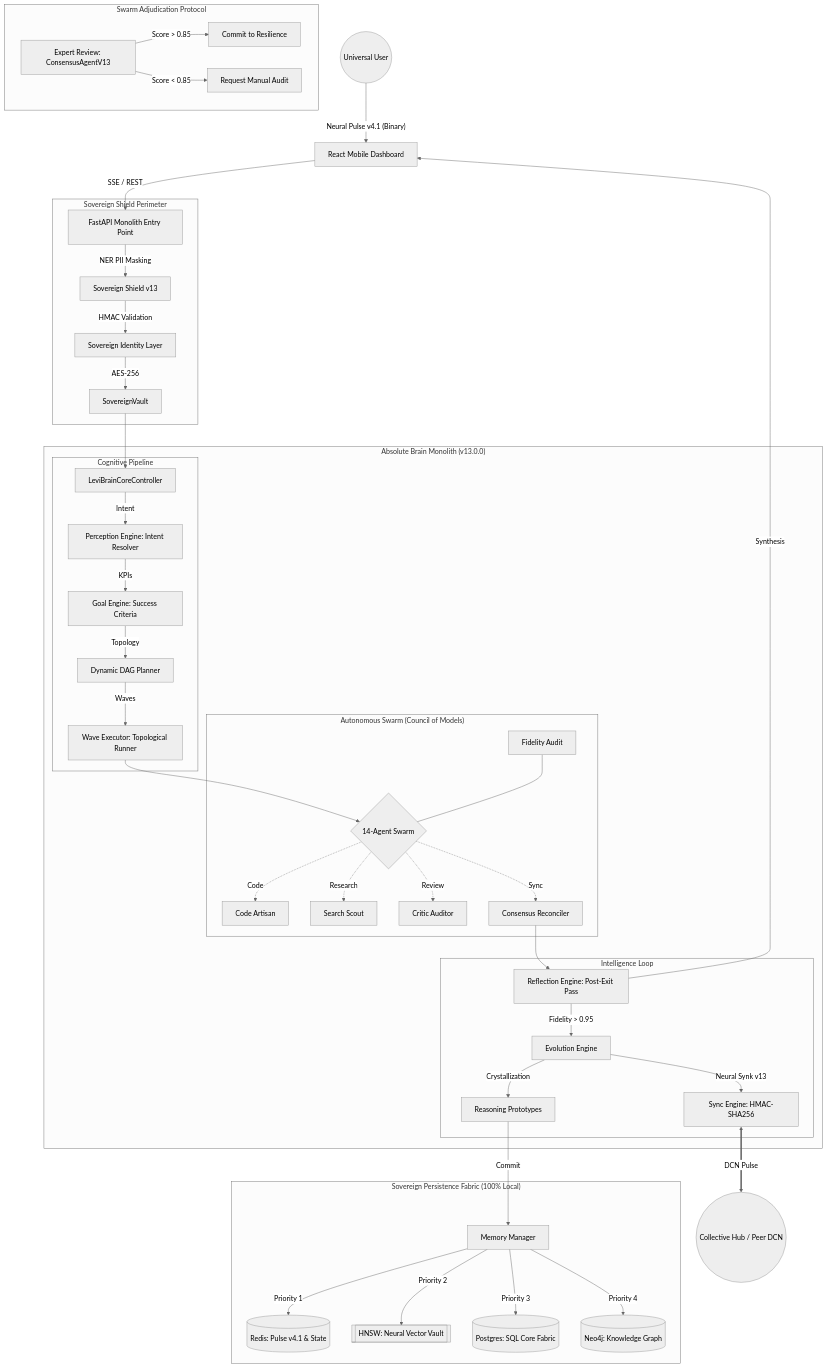
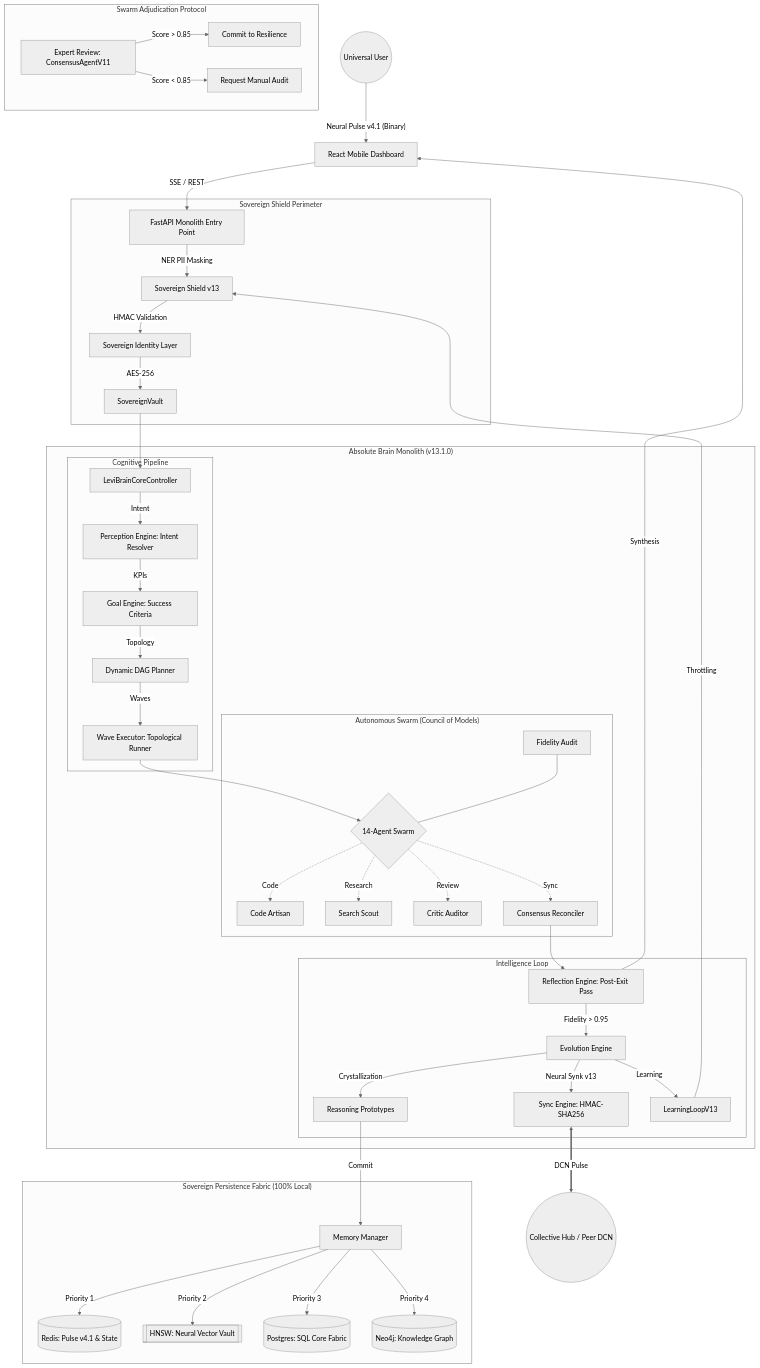
One commit to Blackdrg/levi-ai-innovate changed the first of 2 diagrams in README.md. Above: the diagram before and after it, drawn with Mermaid (neutral theme). The commit also changed other lines of this file and 23 other files, not shown here.

Commit message:
docs: finalize v13.1.0 absolute monolith graduation & architectural hardening

````diff
--- a/README.md
+++ b/README.md
@@ -73,63 +75,65 @@
 ```mermaid
 graph TD
     %% Global Ingress & UI
     User((Universal User)) -->|"Neural Pulse v4.1 (Binary)"| Mobile[React Mobile Dashboard]
     Mobile -->|"SSE / REST"| Entry[FastAPI Monolith Entry Point]
 
     %% Security & Sanitization
     subgraph "Sovereign Shield Perimeter"
         Entry -->|NER PII Masking| Shield[Sovereign Shield v13]
         Shield -->|HMAC Validation| Auth[Sovereign Identity Layer]
         Auth -->|AES-256| Vault[SovereignVault]
     end
 
     %% The Cognitive Monolith (Core)
-    subgraph "Absolute Brain Monolith (v13.0.0)"
+    subgraph "Absolute Brain Monolith (v13.1.0)"
         Vault --> Brain[LeviBrainCoreController]
         
         subgraph "Cognitive Pipeline"
             Brain -->|Intent| Perception[Perception Engine: Intent Resolver]
             Perception -->|KPIs| Goal[Goal Engine: Success Criteria]
             Goal -->|Topology| Planner[Dynamic DAG Planner]
             Planner -->|Waves| Executor[Wave Executor: Topological Runner]
         end
 
         subgraph "Autonomous Swarm (Council of Models)"
             Executor --> Agents{14-Agent Swarm}
             Agents -.->|Code| Artisan[Code Artisan]
             Agents -.->|Research| Scout[Search Scout]
             Agents -.->|Review| Auditor[Critic Auditor]
             Agents -.->|Sync| Reconciler[Consensus Reconciler]
             Audit[Fidelity Audit] --- Agents
         end
 
         subgraph "Intelligence Loop"
             Reconciler --> Reflection[Reflection Engine: Post-Exit Pass]
             Reflection -->|Fidelity > 0.95| Evolution[Evolution Engine]
             Evolution -->|Crystallization| Prototype[Reasoning Prototypes]
             Evolution -->|Neural Synk v13| Synk[Sync Engine: HMAC-SHA256]
+            Evolution -->|Learning| Loop[LearningLoopV13]
+            Loop -->|Throttling| Shield
         end
     end
 
     %% Swarm Consensus Logic (v13)
     subgraph "Swarm Adjudication Protocol"
-        Adjudicator[Expert Review: ConsensusAgentV13]
+        Adjudicator[Expert Review: ConsensusAgentV11]
         Adjudicator -->|Score > 0.85| Final_Approval[Commit to Resilience]
         Adjudicator -->|Score < 0.85| Human_Review[Request Manual Audit]
     end
 
     %% Persistent Fabric (SQL Resonance)
     subgraph "Sovereign Persistence Fabric (100% Local)"
-        Prototype --> |Commit| SQL_Fabric[Memory Manager]
-        SQL_Fabric -->|Priority 1| Redis[(Redis: Pulse v4.1 & State)]
-        SQL_Fabric -->|Priority 2| HNSW[[HNSW: Neural Vector Vault]]
-        SQL_Fabric -->|Priority 3| Postgres[(Postgres: SQL Core Fabric)]
-        SQL_Fabric -->|Priority 4| Neo4j[(Neo4j: Knowledge Graph)]
+        Prototype --> |Commit| MemoryManager[Memory Manager]
+        MemoryManager -->|Priority 1| Redis[(Redis: Pulse v4.1 & State)]
+        MemoryManager -->|Priority 2| HNSW[[HNSW: Neural Vector Vault]]
+        MemoryManager -->|Priority 3| Postgres[(Postgres: SQL Core Fabric)]
+        MemoryManager -->|Priority 4| Neo4j[(Neo4j: Knowledge Graph)]
     end
 
     %% External Network
     Synk <==>|DCN Pulse| DCN((Collective Hub / Peer DCN))
     
     %% Final Action
     Reflection -->|Synthesis| Mobile
 ```
````
